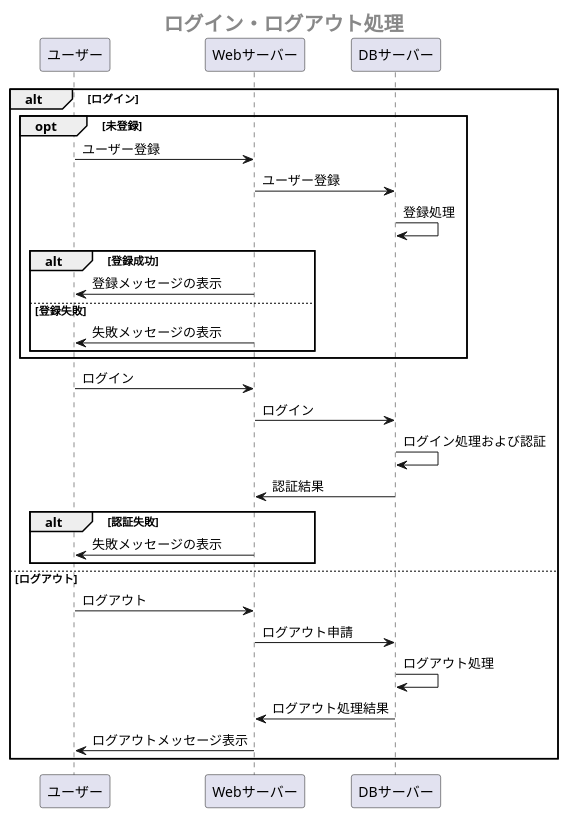
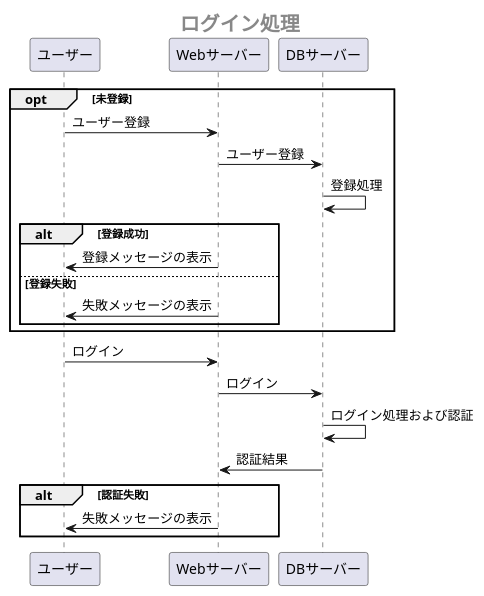
The second of 3 diagrams in sample/OperationFrow.md (Aso2001385/2021sys-design), drawn with PlantUML before and after one commit. The commit also changed other lines of this file, not shown here.

````diff
--- a/sample/OperationFrow.md
+++ b/sample/OperationFrow.md
@@ -42,38 +42,28 @@
 ```uml
 
 @startuml
-center header <size:20><b>ログイン・ログアウト処理</b></size>
- 
- alt ログイン
-  opt 未登録
+center header <size:20><b>ログイン処理</b></size>
 
-   ユーザー -> Webサーバー:ユーザー登録
-   Webサーバー -> DBサーバー:ユーザー登録
-   DBサーバー -> DBサーバー:登録処理
+ opt 未登録
+  ユーザー -> Webサーバー:ユーザー登録
+  Webサーバー -> DBサーバー:ユーザー登録
+  DBサーバー -> DBサーバー:登録処理
 
-   alt 登録成功
-     Webサーバー ->ユーザー:登録メッセージの表示
-   else 登録失敗
-     Webサーバー ->ユーザー:失敗メッセージの表示
-   end
+  alt 登録成功
+    Webサーバー ->ユーザー:登録メッセージの表示
+  else 登録失敗
+    Webサーバー ->ユーザー:失敗メッセージの表示
+  end
+ end
 
-  end
+ ユーザー -> Webサーバー:ログイン
+ Webサーバー -> DBサーバー:ログイン
+ DBサーバー -> DBサーバー:ログイン処理および認証
+ DBサーバー -> Webサーバー:認証結果
 
-  ユーザー -> Webサーバー:ログイン
-  Webサーバー -> DBサーバー:ログイン
-  DBサーバー -> DBサーバー:ログイン処理および認証
-  DBサーバー -> Webサーバー:認証結果
-
-  alt 認証失敗
-   Webサーバー ->ユーザー:失敗メッセージの表示
-  end
- else ログアウト
-  ユーザー -> Webサーバー:ログアウト
-  Webサーバー -> DBサーバー:ログアウト申請
-  DBサーバー -> DBサーバー:ログアウト処理
-  DBサーバー -> Webサーバー:ログアウト処理結果
-  Webサーバー ->ユーザー:ログアウトメッセージ表示
+ alt 認証失敗
+  Webサーバー ->ユーザー:失敗メッセージの表示
  end
  
 @enduml
 ```
````
